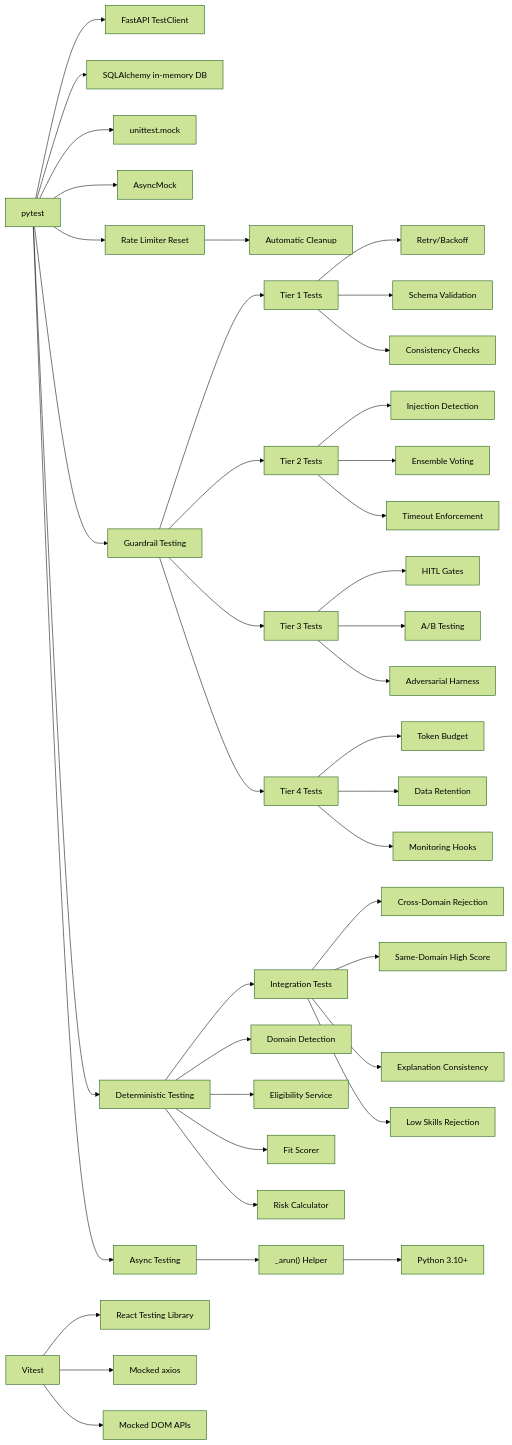
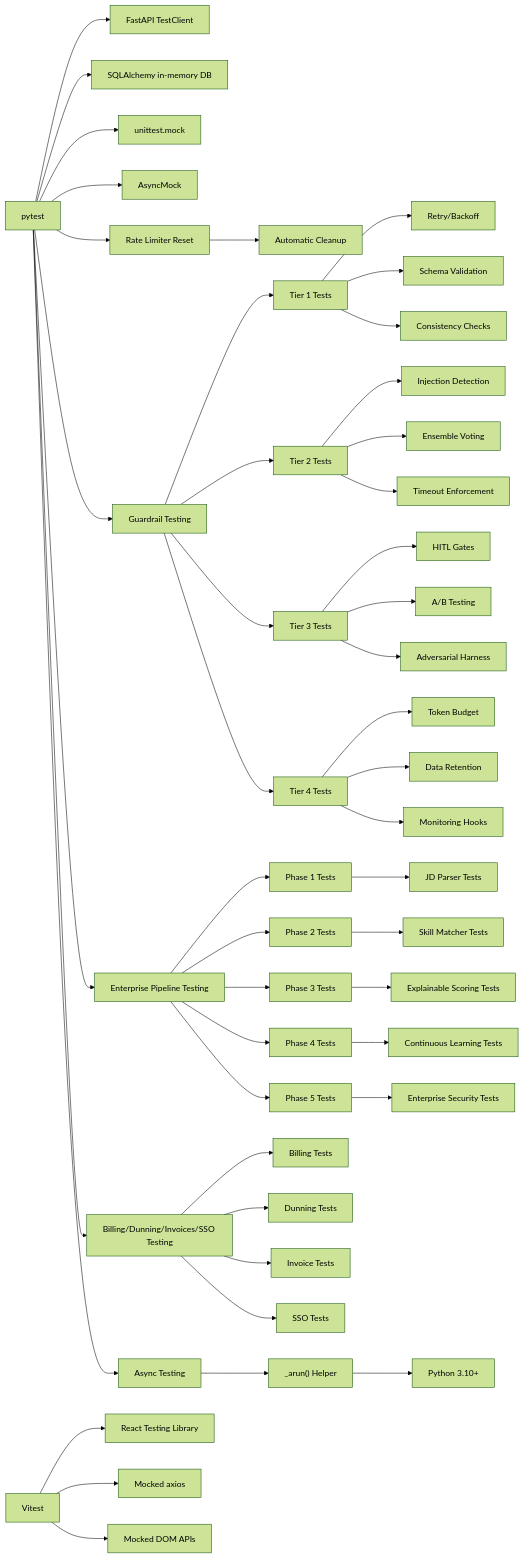
Before and after one commit to Revanththetalogics/aireume: diagram 18 of 18 in .qoder/repowiki/en/content/Testing Strategy.md, drawn with Mermaid (forest theme). The commit also changed other lines of this file and 14 other files, not shown here.

````diff
--- a/.qoder/repowiki/en/content/Testing Strategy.md
+++ b/.qoder/repowiki/en/content/Testing Strategy.md
@@ -1345,42 +1414,48 @@
 ```mermaid
 graph LR
 Py["pytest"] --> FA["FastAPI TestClient"]
 Py --> SA["SQLAlchemy in-memory DB"]
 Py --> UM["unittest.mock"]
 Py --> AM["AsyncMock"]
 Py --> RL["Rate Limiter Reset"]
 Py --> GT["Guardrail Testing"]
-Py --> DT["Deterministic Testing"]
+Py --> EP["Enterprise Pipeline Testing"]
+Py --> BD["Billing/Dunning/Invoices/SSO Testing"]
 Py --> AT["Async Testing"]
 AT --> ARUN["_arun() Helper"]
 ARUN --> PY310["Python 3.10+"]
 VT["Vitest"] --> RTL["React Testing Library"]
 VT --> AX["Mocked axios"]
 VT --> DOM["Mocked DOM APIs"]
 RL --> AC["Automatic Cleanup"]
 GT --> T1["Tier 1 Tests"]
 GT --> T2["Tier 2 Tests"]
 GT --> T3["Tier 3 Tests"]
 GT --> T4["Tier 4 Tests"]
 T1 --> Retry["Retry/Backoff"]
 T1 --> Schema["Schema Validation"]
 T1 --> Consistency["Consistency Checks"]
 T2 --> Injection["Injection Detection"]
 T2 --> Ensemble["Ensemble Voting"]
 T2 --> Timeout["Timeout Enforcement"]
 T3 --> HITL["HITL Gates"]
 T3 --> ABTest["A/B Testing"]
 T3 --> Adversarial["Adversarial Harness"]
 T4 --> Budget["Token Budget"]
 T4 --> Retention["Data Retention"]
 T4 --> Monitoring["Monitoring Hooks"]
-DT --> Integration["Integration Tests"]
-DT --> Domain["Domain Detection"]
-DT --> Eligibility["Eligibility Service"]
-DT --> Fit["Fit Scorer"]
-DT --> Risk["Risk Calculator"]
-Integration --> CrossDomain["Cross-Domain Rejection"]
-Integration --> SameDomain["Same-Domain High Score"]
-Integration --> Explanation["Explanation Consistency"]
-Integration --> LowSkills["Low Skills Rejection"]
+EP --> Phase1["Phase 1 Tests"]
+EP --> Phase2["Phase 2 Tests"]
+EP --> Phase3["Phase 3 Tests"]
+EP --> Phase4["Phase 4 Tests"]
+EP --> Phase5["Phase 5 Tests"]
+Phase1 --> JDParser["JD Parser Tests"]
+Phase2 --> SkillMatcher["Skill Matcher Tests"]
+Phase3 --> Explainable["Explainable Scoring Tests"]
+Phase4 --> Continuous["Continuous Learning Tests"]
+Phase5 --> Security["Enterprise Security Tests"]
+BD --> Billing["Billing Tests"]
+BD --> Dunning["Dunning Tests"]
+BD --> Invoices["Invoice Tests"]
+BD --> SSO["SSO Tests"]
 ```
````
